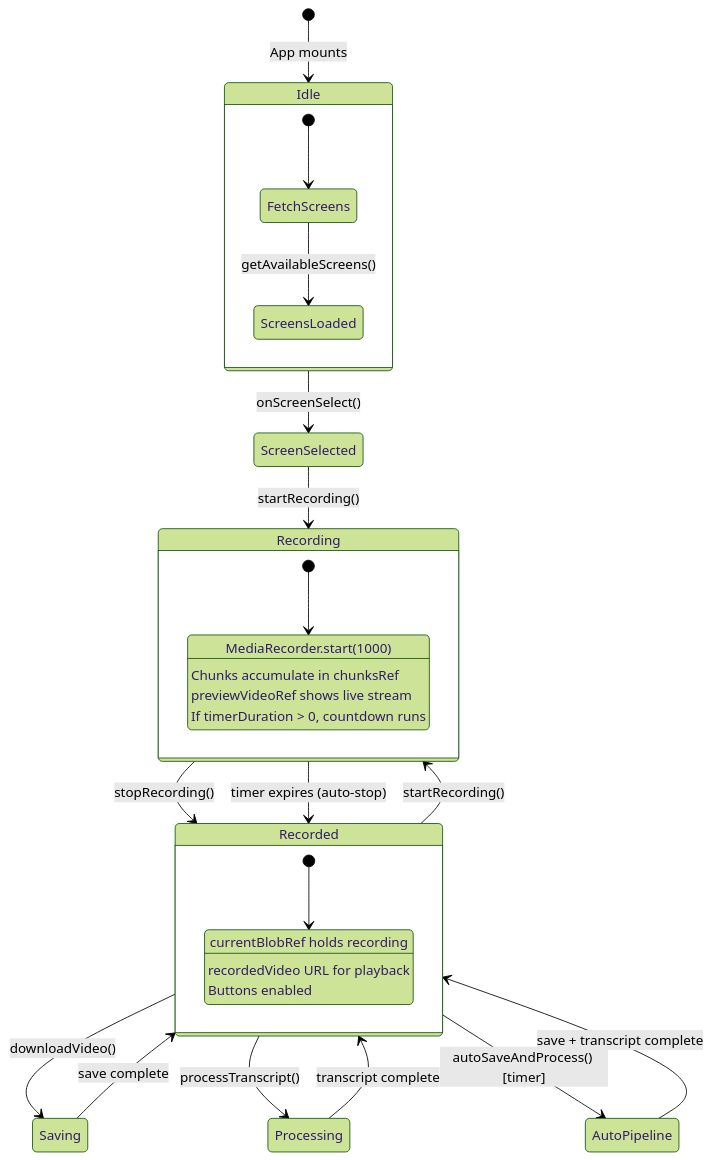
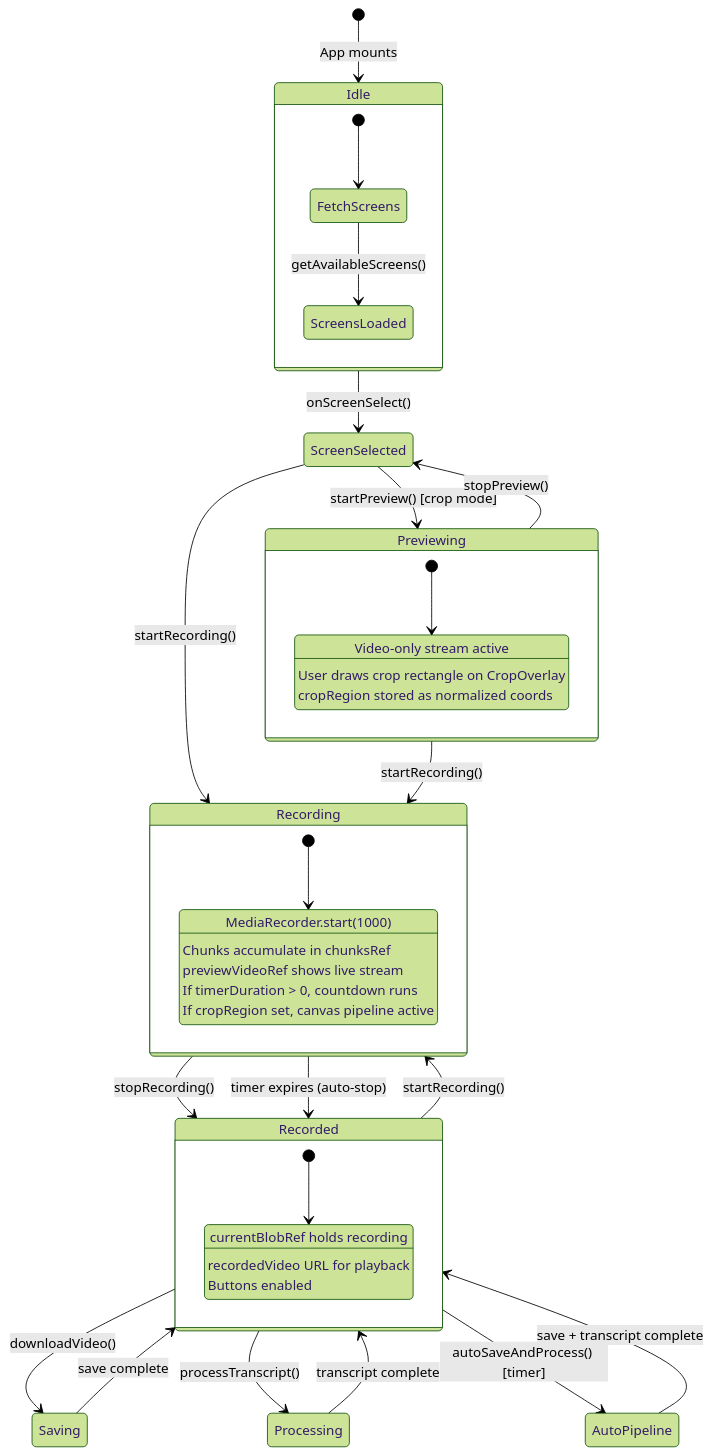
One commit to iAli61/ScreenRecAI-Desktop changed the seventh of 16 diagrams in docs/DESIGN.md. Above: the diagram before and after it, drawn with Mermaid (forest theme). The commit also changed other lines of this file and 9 other files, not shown here.

Commit message:
feat: add canvas-based crop functionality for video recordings

````diff
--- a/docs/DESIGN.md
+++ b/docs/DESIGN.md
@@ -396,36 +408,47 @@
 ```mermaid
 stateDiagram-v2
     [*] --> Idle: App mounts
 
     Idle --> ScreenSelected: onScreenSelect()
+    ScreenSelected --> Previewing: startPreview() [crop mode]
     ScreenSelected --> Recording: startRecording()
+    Previewing --> Recording: startRecording()
+    Previewing --> ScreenSelected: stopPreview()
     Recording --> Recorded: stopRecording()
     Recording --> Recorded: timer expires (auto-stop)
     Recorded --> Saving: downloadVideo()
     Recorded --> Processing: processTranscript()
     Recorded --> AutoPipeline: autoSaveAndProcess() [timer]
     Saving --> Recorded: save complete
     Processing --> Recorded: transcript complete
     AutoPipeline --> Recorded: save + transcript complete
     Recorded --> Recording: startRecording()
 
     state Idle {
         [*] --> FetchScreens
         FetchScreens --> ScreensLoaded: getAvailableScreens()
     }
 
+    state Previewing {
+        [*] --> LivePreview
+        LivePreview: Video-only stream active
+        LivePreview: User draws crop rectangle on CropOverlay
+        LivePreview: cropRegion stored as normalized coords
+    }
+
     state Recording {
         [*] --> Capturing
         Capturing: MediaRecorder.start(1000)
         Capturing: Chunks accumulate in chunksRef
         Capturing: previewVideoRef shows live stream
         Capturing: If timerDuration > 0, countdown runs
+        Capturing: If cropRegion set, canvas pipeline active
     }
 
     state Recorded {
         [*] --> HasBlob
         HasBlob: currentBlobRef holds recording
         HasBlob: recordedVideo URL for playback
         HasBlob: Buttons enabled
     }
 ```
````
